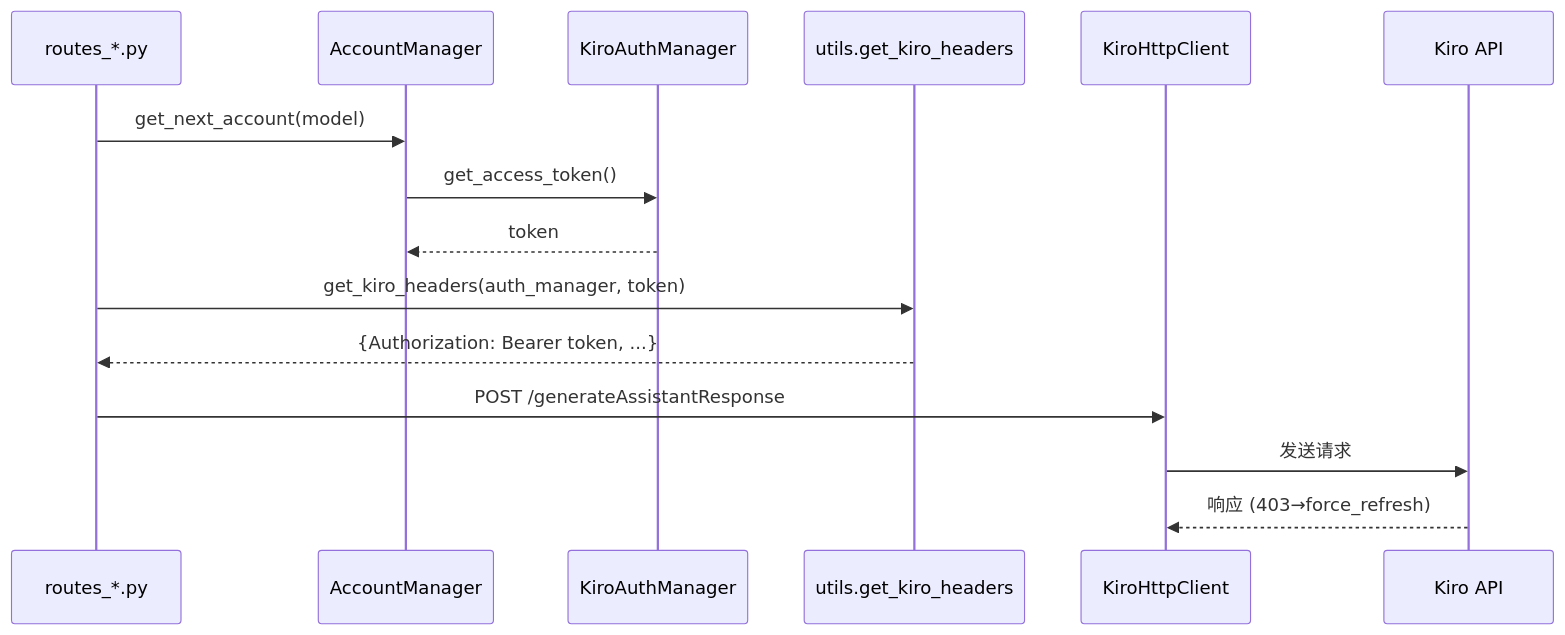
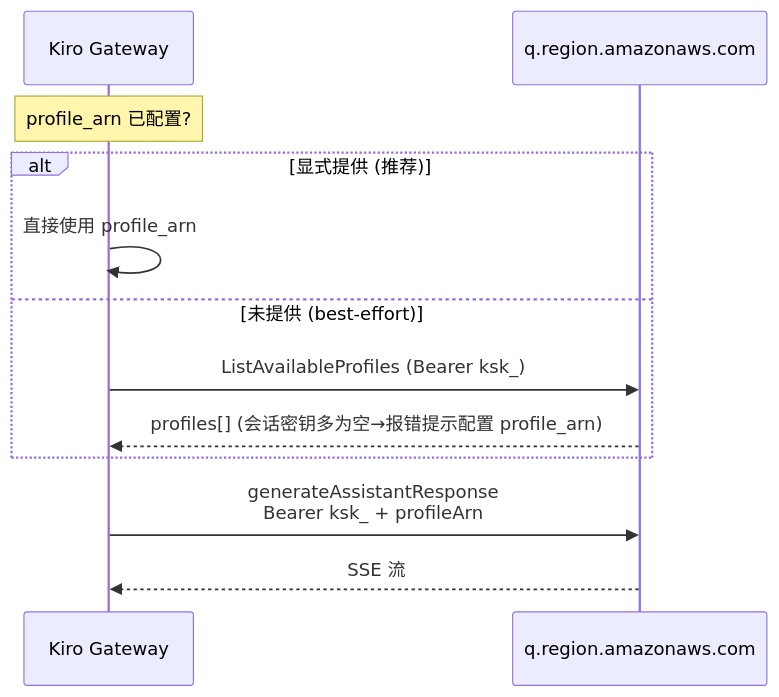
The second of 5 diagrams in docs/zh/API_KEY_AUTH_DESIGN.md (liangyimingcom/kiro-gateway_jwadow), drawn with Mermaid before and after one commit. The commit also changed other lines of this file and 6 other files, not shown here.

First line of the commit message:
feat(auth): API key as session credential - explicit profile_arn + skip ListAvailableModels

````diff
--- a/docs/zh/API_KEY_AUTH_DESIGN.md
+++ b/docs/zh/API_KEY_AUTH_DESIGN.md
@@ -176,18 +66,15 @@
 ```mermaid
 sequenceDiagram
-    participant Route as routes_*.py
-    participant AM as AccountManager
-    participant KAM as KiroAuthManager
-    participant Utils as utils.get_kiro_headers
-    participant HTTP as KiroHttpClient
-    participant Kiro as Kiro API
+    participant GW as Kiro Gateway
+    participant Q as q.region.amazonaws.com
 
-    Route->>AM: get_next_account(model)
-    AM->>KAM: get_access_token()
-    KAM-->>AM: token
-    Route->>Utils: get_kiro_headers(auth_manager, token)
-    Utils-->>Route: {Authorization: Bearer token, ...}
-    Route->>HTTP: POST /generateAssistantResponse
-    HTTP->>Kiro: 发送请求
-    Kiro-->>HTTP: 响应 (403→force_refresh)
+    Note over GW: profile_arn 已配置?
+    alt 显式提供 (推荐)
+        GW->>GW: 直接使用 profile_arn
+    else 未提供 (best-effort)
+        GW->>Q: ListAvailableProfiles (Bearer ksk_)
+        Q-->>GW: profiles[] (会话密钥多为空→报错提示配置 profile_arn)
+    end
+    GW->>Q: generateAssistantResponse<br/>Bearer ksk_ + profileArn
+    Q-->>GW: SSE 流
 ```
````
